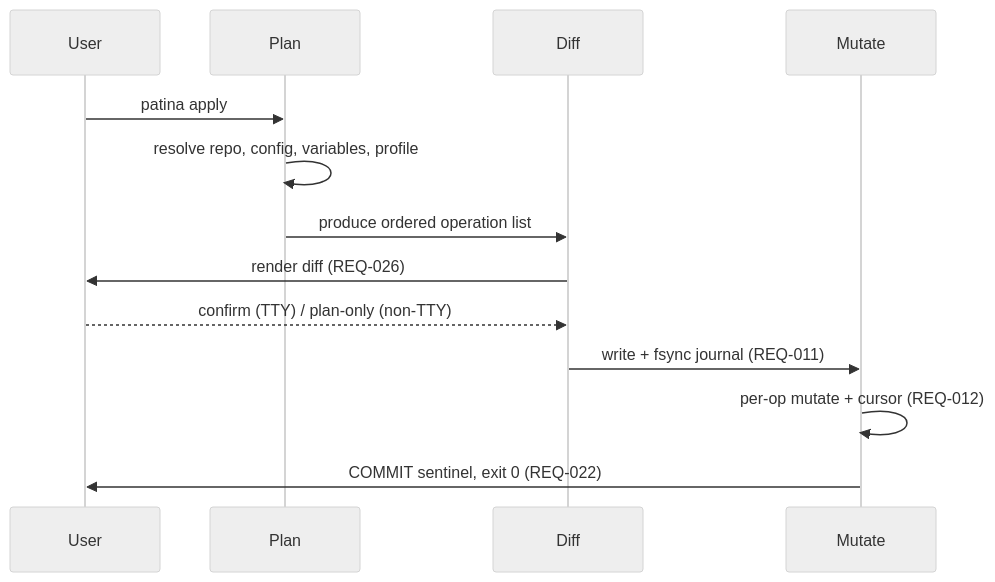
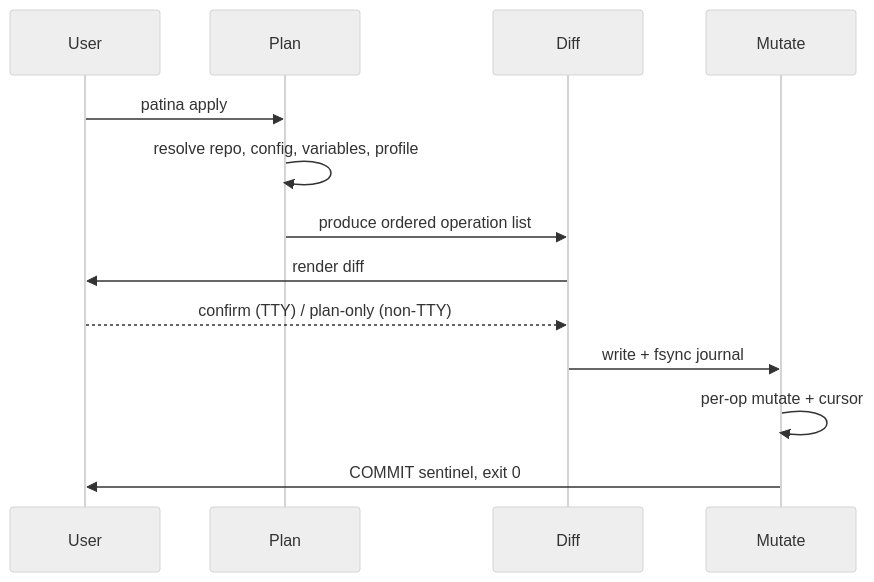
The third of 3 diagrams in docs/ARCHITECTURE.md (kvnxiao/patina), drawn with Mermaid (neutral theme) before and after one commit. The commit also changed other lines of this file and 7 other files, not shown here.

````diff
--- a/docs/ARCHITECTURE.md
+++ b/docs/ARCHITECTURE.md
@@ -108,15 +102,15 @@
 ```mermaid
 sequenceDiagram
     participant U as User
     participant P as Plan
     participant D as Diff
     participant M as Mutate
     U->>P: patina apply
     P->>P: resolve repo, config, variables, profile
     P->>D: produce ordered operation list
-    D->>U: render diff (REQ-026)
+    D->>U: render diff
     U-->>D: confirm (TTY) / plan-only (non-TTY)
-    D->>M: write + fsync journal (REQ-011)
-    M->>M: per-op mutate + cursor (REQ-012)
-    M->>U: COMMIT sentinel, exit 0 (REQ-022)
+    D->>M: write + fsync journal
+    M->>M: per-op mutate + cursor
+    M->>U: COMMIT sentinel, exit 0
 ```
````
